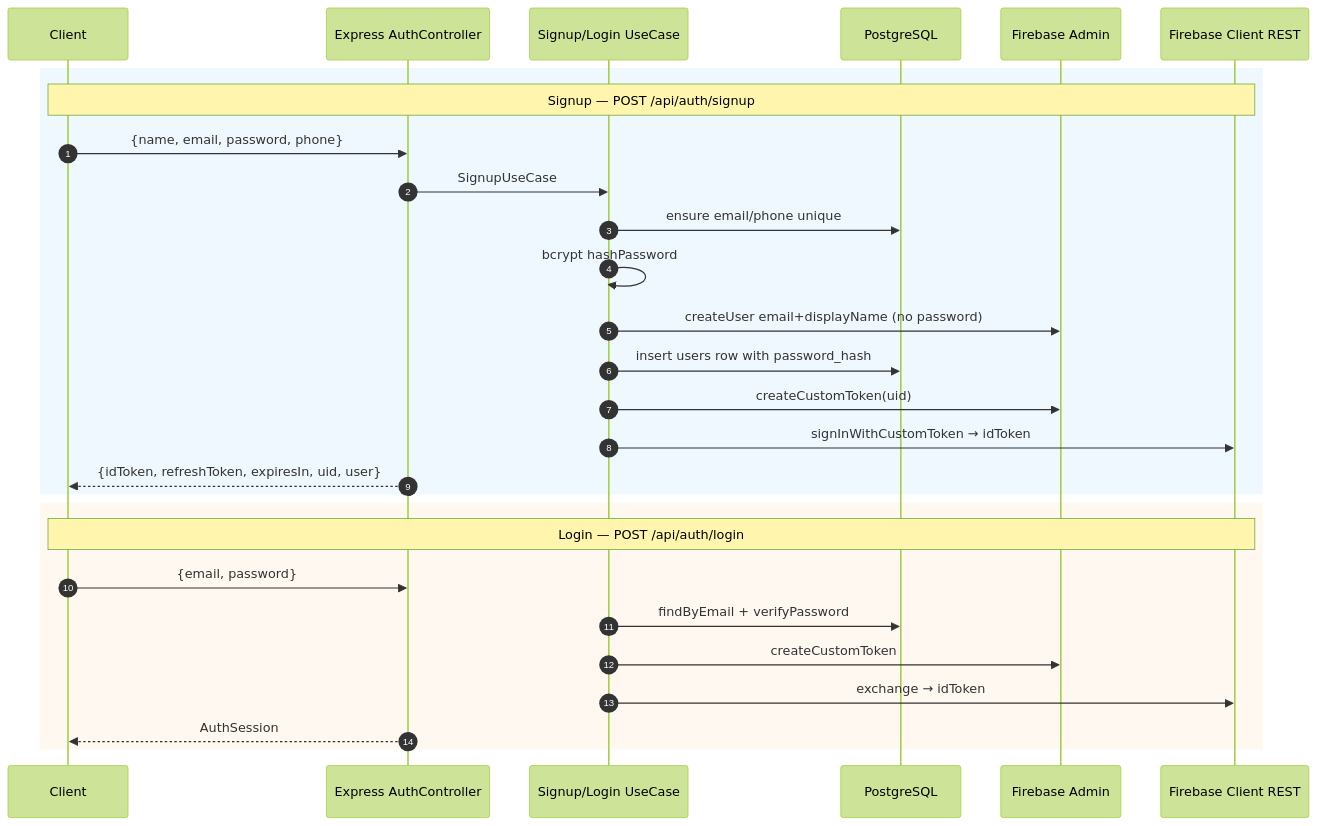
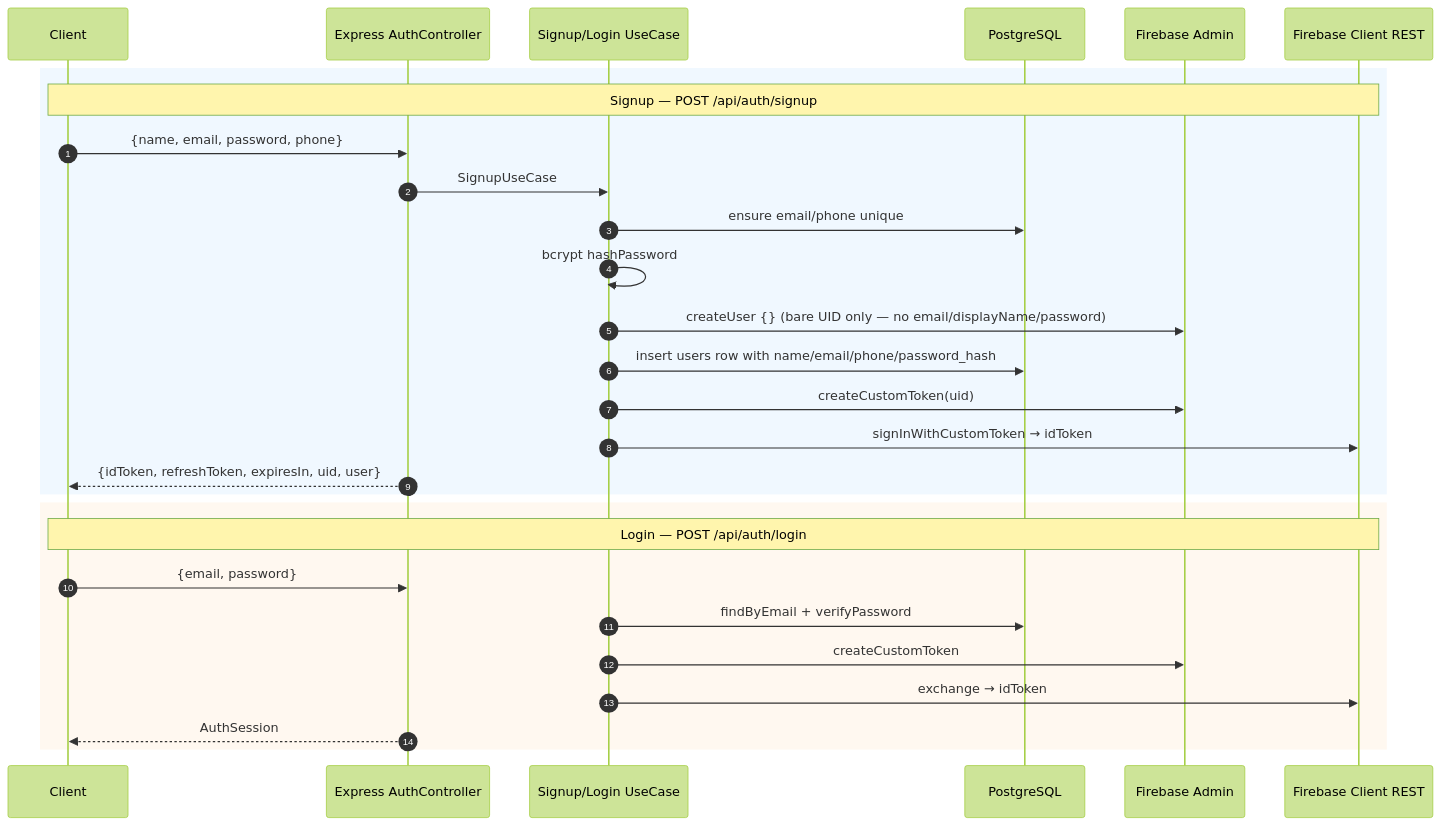
The second of 4 diagrams in docs/system-design/04-authentication-flow.md (MohamedMSalah/yalla5roga), drawn with Mermaid (forest theme) before and after one commit. The commit also changed 168 other files, not shown here.

````diff
--- a/docs/system-design/04-authentication-flow.md
+++ b/docs/system-design/04-authentication-flow.md
@@ -61,32 +61,32 @@
 ```mermaid
 sequenceDiagram
   autonumber
   participant C as Client
   participant API as Express AuthController
   participant UC as Signup/Login UseCase
   participant Neon as PostgreSQL
   participant Admin as Firebase Admin
   participant ClientSDK as Firebase Client REST
 
   rect rgb(240,248,255)
     Note over C,ClientSDK: Signup — POST /api/auth/signup
     C->>API: {name, email, password, phone}
     API->>UC: SignupUseCase
     UC->>Neon: ensure email/phone unique
     UC->>UC: bcrypt hashPassword
-    UC->>Admin: createUser email+displayName (no password)
-    UC->>Neon: insert users row with password_hash
+    UC->>Admin: createUser {} (bare UID only — no email/displayName/password)
+    UC->>Neon: insert users row with name/email/phone/password_hash
     UC->>Admin: createCustomToken(uid)
     UC->>ClientSDK: signInWithCustomToken → idToken
     API-->>C: {idToken, refreshToken, expiresIn, uid, user}
   end
 
   rect rgb(255,248,240)
     Note over C,ClientSDK: Login — POST /api/auth/login
     C->>API: {email, password}
     UC->>Neon: findByEmail + verifyPassword
     UC->>Admin: createCustomToken
     UC->>ClientSDK: exchange → idToken
     API-->>C: AuthSession
   end
 ```
````
